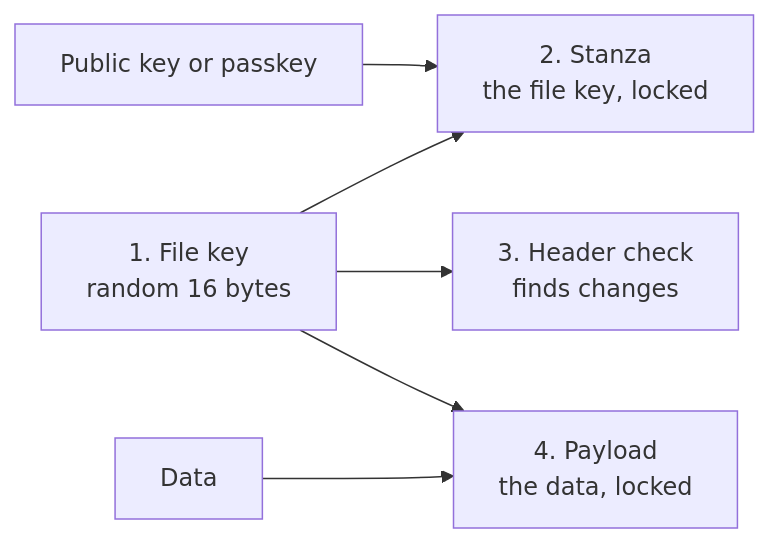
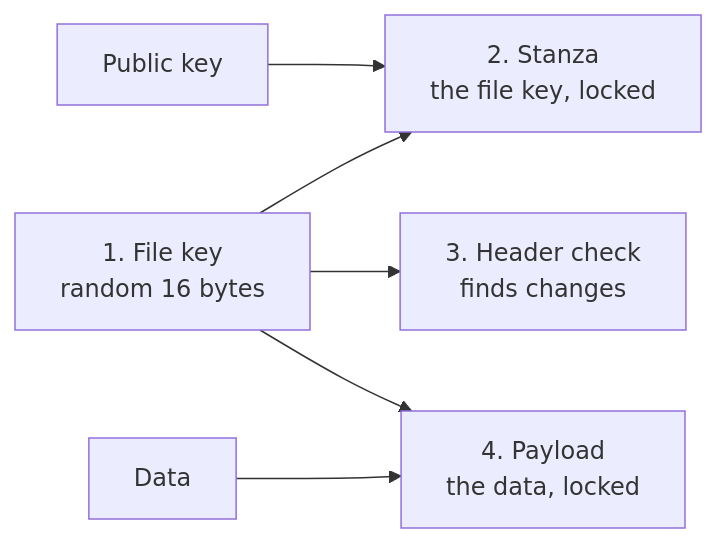
One commit to intaniger/secretbox changed the second of 2 diagrams in docs/README.md. Above: the diagram before and after it, drawn with Mermaid. The commit also changed other lines of this file and 30 other files, not shown here.

````diff
--- a/docs/README.md
+++ b/docs/README.md
@@ -69,8 +74,8 @@
 ```mermaid
 flowchart LR
   FK["1. File key<br/>random 16 bytes"] --> ST["2. Stanza<br/>the file key, locked"]
   FK --> MAC["3. Header check<br/>finds changes"]
   FK --> PL["4. Payload<br/>the data, locked"]
-  R["Public key or passkey"] --> ST
+  R["Public key"] --> ST
   D["Data"] --> PL
 ```
````
